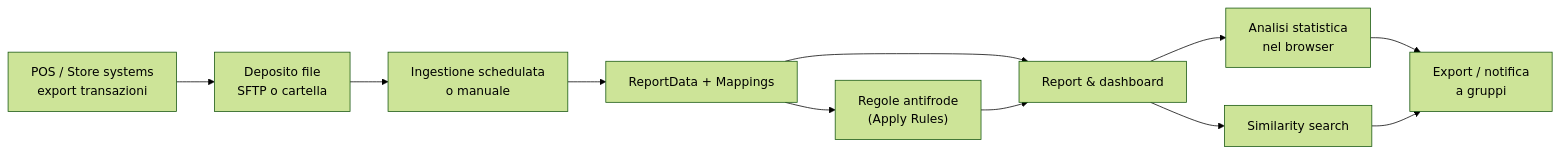
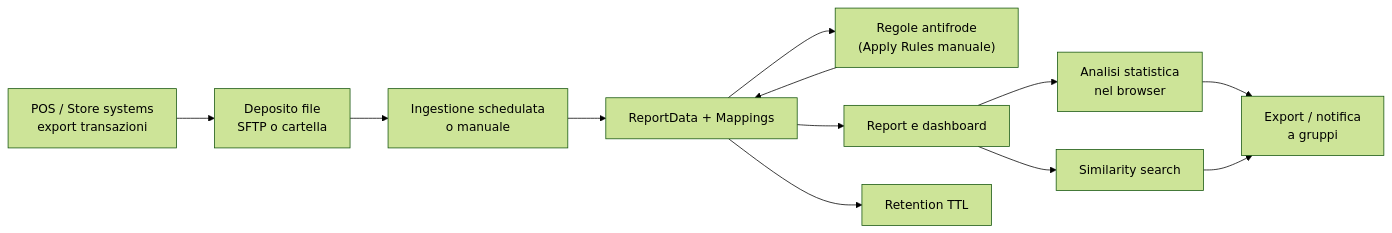
Before and after one commit to saristot/LOSS_PREVENTION: the first of 2 diagrams in customspa-it-loss-prevention-d098a8b97860/Docs/01_context.md, drawn with Mermaid (forest theme). The commit also changed other lines of this file and 23 other files, not shown here.

````diff
--- a/customspa-it-loss-prevention-d098a8b97860/Docs/01_context.md
+++ b/customspa-it-loss-prevention-d098a8b97860/Docs/01_context.md
@@ -80,13 +141,14 @@
 ```mermaid
 flowchart LR
   A["POS / Store systems<br/>export transazioni"] --> B["Deposito file<br/>SFTP o cartella"]
   B --> C["Ingestione schedulata<br/>o manuale"]
   C --> D["ReportData + Mappings"]
-  D --> E["Report & dashboard"]
-  D --> F["Regole antifrode<br/>(Apply Rules)"]
+  D --> F["Regole antifrode<br/>(Apply Rules manuale)"]
+  F --> D
+  D --> E["Report e dashboard"]
   E --> G["Analisi statistica<br/>nel browser"]
   E --> H["Similarity search"]
-  F --> E
   G --> I["Export / notifica<br/>a gruppi"]
   H --> I
+  D --> R["Retention TTL"]
 ```
````
